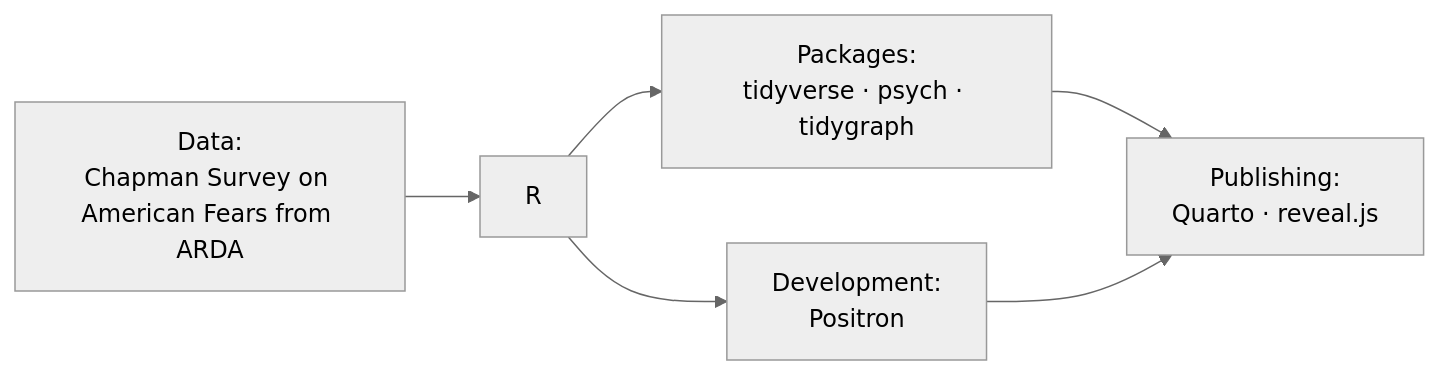
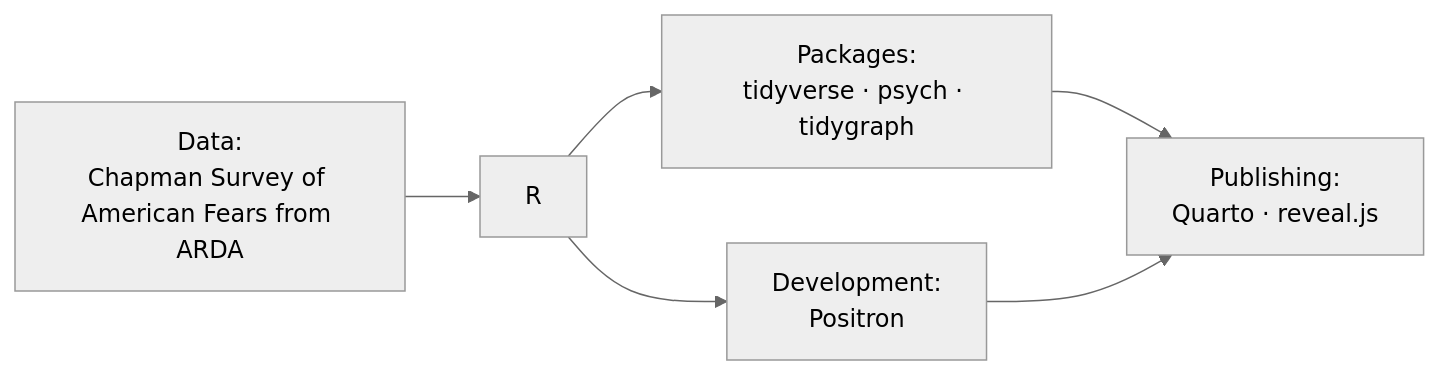
One commit to asleepwithabook/asleepwithabook changed the diagram in README.md. Above: the diagram before and after it, drawn with Mermaid. The commit also changed other lines of this file, not shown here.

````diff
--- a/README.md
+++ b/README.md
@@ -52,16 +52,16 @@
 ```mermaid
 %%{init: {"theme": "default", "securityLevel": "strict", "startOnLoad": false, "theme": "neutral"}}%%
 
 flowchart LR
-  DATA["Data:<br/>Chapman Survey on American Fears from ARDA"]
+  DATA["Data:<br/>Chapman Survey of American Fears from ARDA"]
   R["R"]
   PACKAGE["Packages:<br/>tidyverse · psych · tidygraph"]
   DEVELOPMENT["Development:<br/>Positron"]
   PUBLISHING["Publishing:<br/>Quarto · reveal.js"]
 
   DATA --> R
   R --> PACKAGE
   R --> DEVELOPMENT
   PACKAGE --> PUBLISHING
   DEVELOPMENT --> PUBLISHING
 ```
````
